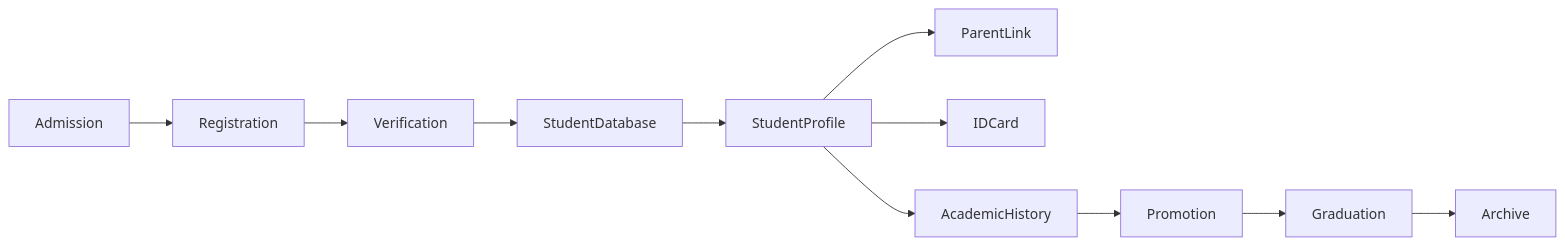
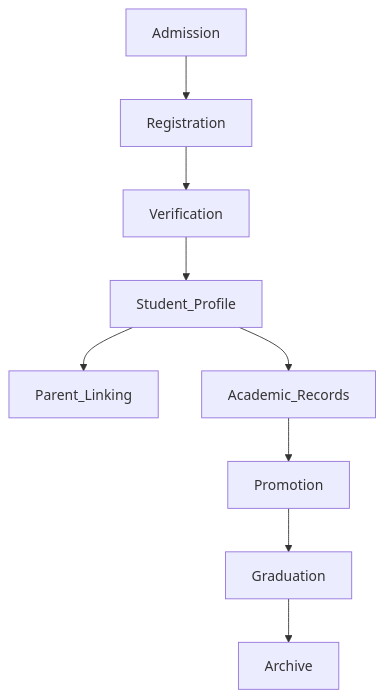
One commit to Edviora-Organization/.github changed the first of 7 diagrams in profile/README.md. Above: the diagram before and after it, drawn with Mermaid. The commit also changed other lines of this file, not shown here.

````diff
--- a/profile/README.md
+++ b/profile/README.md
@@ -244,23 +173,12 @@
 ```mermaid
-flowchart LR
+flowchart TD
 
 Admission --> Registration
-
 Registration --> Verification
-
-Verification --> StudentDatabase
-
-StudentDatabase --> StudentProfile
-
-StudentProfile --> ParentLink
-
-StudentProfile --> IDCard
-
-StudentProfile --> AcademicHistory
-
-AcademicHistory --> Promotion
-
+Verification --> Student_Profile
+Student_Profile --> Parent_Linking
+Student_Profile --> Academic_Records
+Academic_Records --> Promotion
 Promotion --> Graduation
-
 Graduation --> Archive
 ```
````
